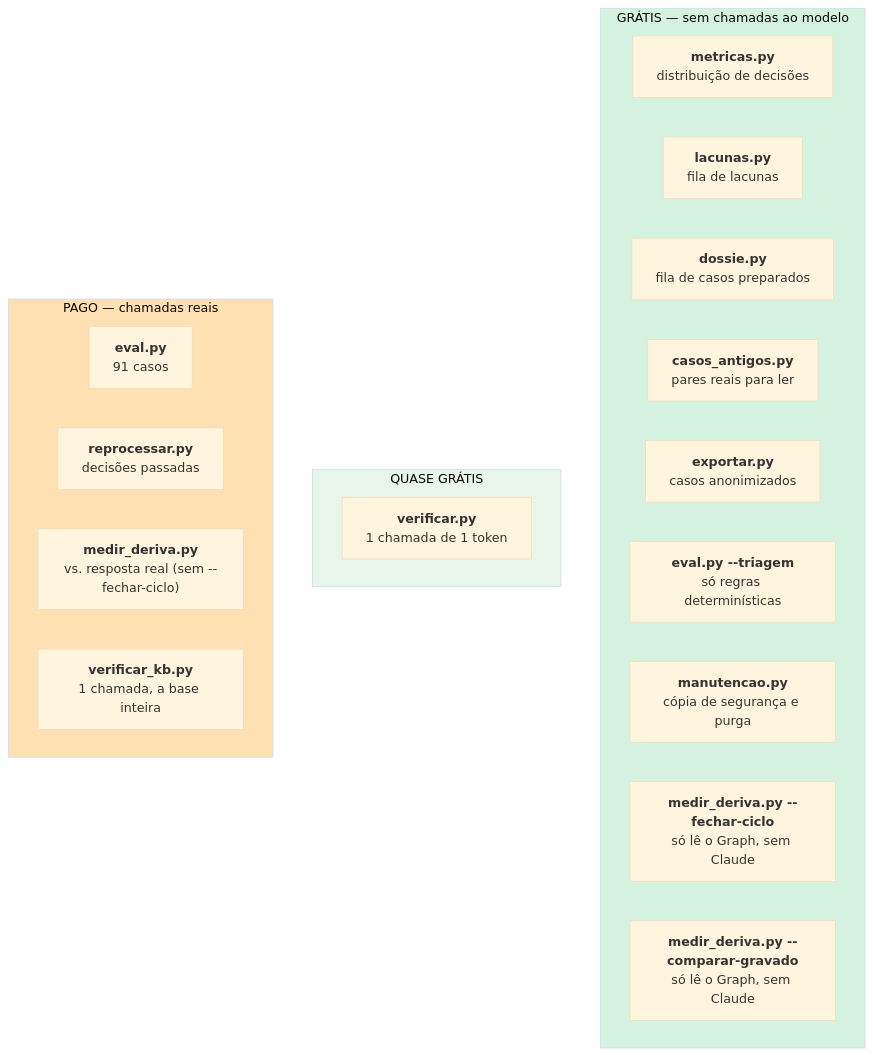
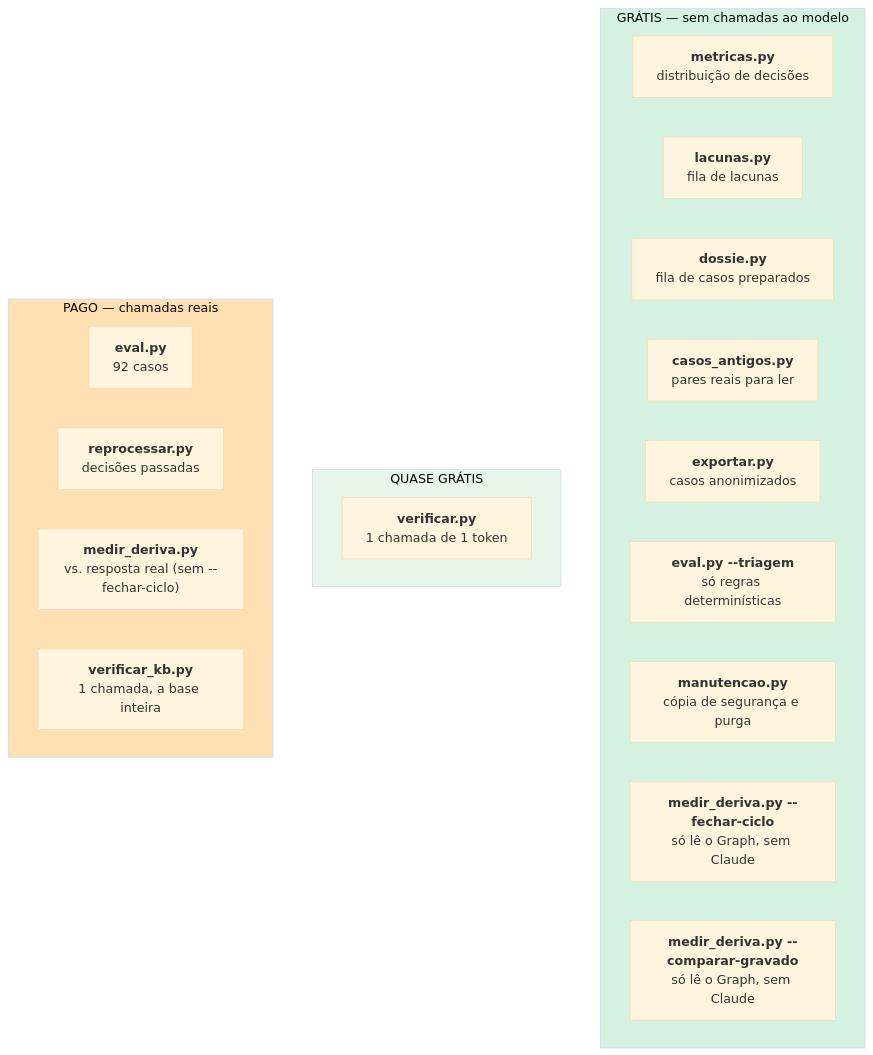
The diagram in docs/06-engineering/operations.md (joaocarvalhini/Outlook-Reply-Assistant), drawn with Mermaid (base theme) before and after one commit. The commit also changed 8 other files, not shown here.

````diff
--- a/docs/06-engineering/operations.md
+++ b/docs/06-engineering/operations.md
@@ -22,26 +22,26 @@
 ```mermaid
 flowchart TB
     subgraph G["GRÁTIS — sem chamadas ao modelo"]
         G1["<b>metricas.py</b><br/>distribuição de decisões"]
         G2["<b>lacunas.py</b><br/>fila de lacunas"]
         G3["<b>dossie.py</b><br/>fila de casos preparados"]
         G4["<b>casos_antigos.py</b><br/>pares reais para ler"]
         G5["<b>exportar.py</b><br/>casos anonimizados"]
         G6["<b>eval.py --triagem</b><br/>só regras determinísticas"]
         G7["<b>manutencao.py</b><br/>cópia de segurança e purga"]
         G8["<b>medir_deriva.py --fechar-ciclo</b><br/>só lê o Graph, sem Claude"]
         G9["<b>medir_deriva.py --comparar-gravado</b><br/>só lê o Graph, sem Claude"]
     end
     subgraph Q["QUASE GRÁTIS"]
         Q1["<b>verificar.py</b><br/>1 chamada de 1 token"]
     end
     subgraph P["PAGO — chamadas reais"]
-        P1["<b>eval.py</b><br/>91 casos"]
+        P1["<b>eval.py</b><br/>92 casos"]
         P2["<b>reprocessar.py</b><br/>decisões passadas"]
         P3["<b>medir_deriva.py</b><br/>vs. resposta real (sem --fechar-ciclo)"]
         P4["<b>verificar_kb.py</b><br/>1 chamada, a base inteira"]
     end
     style G fill:#d5f2e0
     style Q fill:#e8f5e9
     style P fill:#ffe0b2
 ```
````
